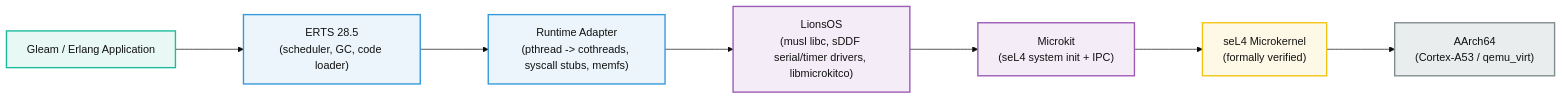
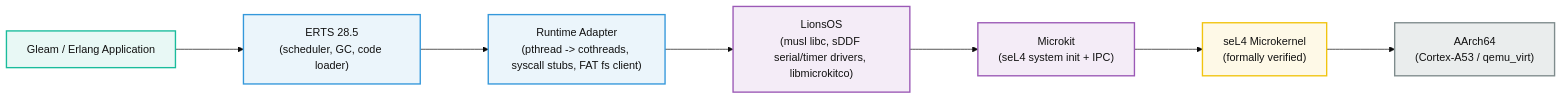
One commit to byzantine-systems/chrysopolis changed the diagram in README.md. Above: the diagram before and after it, drawn with Mermaid (base theme). The commit also changed other lines of this file and 8 other files, not shown here.

````diff
--- a/README.md
+++ b/README.md
@@ -27,23 +28,23 @@
 ```mermaid
 flowchart LR
     %% Nodes
     App["Gleam / Erlang Application"]
     ERTS["ERTS 28.5<br/>(scheduler, GC, code loader)"]
-    Runtime["Runtime Adapter<br/>(pthread -> cothreads, syscall stubs, memfs)"]
+    Runtime["Runtime Adapter<br/>(pthread -> cothreads, syscall stubs, FAT fs client)"]
     LionsOS["LionsOS<br/>(musl libc, sDDF serial/timer drivers, libmicrokitco)"]
     Microkit["Microkit<br/>(seL4 system init + IPC)"]
     seL4["seL4 Microkernel<br/>(formally verified)"]
     HW["AArch64<br/>(Cortex-A53 / qemu_virt)"]
 
     %% Flow/Stacking
     App ---> ERTS ---> Runtime ---> LionsOS ---> Microkit ---> seL4 ---> HW
 
     %% Style definitions for a clean, professional look
     style App fill:#E8F8F5,stroke:#1ABC9C,stroke-width:2px,color:#111
     style ERTS fill:#EBF5FB,stroke:#3498DB,stroke-width:2px,color:#111
     style Runtime fill:#EBF5FB,stroke:#3498DB,stroke-width:2px,color:#111
     style LionsOS fill:#F4ECF7,stroke:#9B59B6,stroke-width:2px,color:#111
     style Microkit fill:#F4ECF7,stroke:#9B59B6,stroke-width:2px,color:#111
     style seL4 fill:#FEF9E7,stroke:#F1C40F,stroke-width:2px,color:#111
     style HW fill:#EAEDED,stroke:#7F8C8D,stroke-width:2px,color:#111
 ```
````
